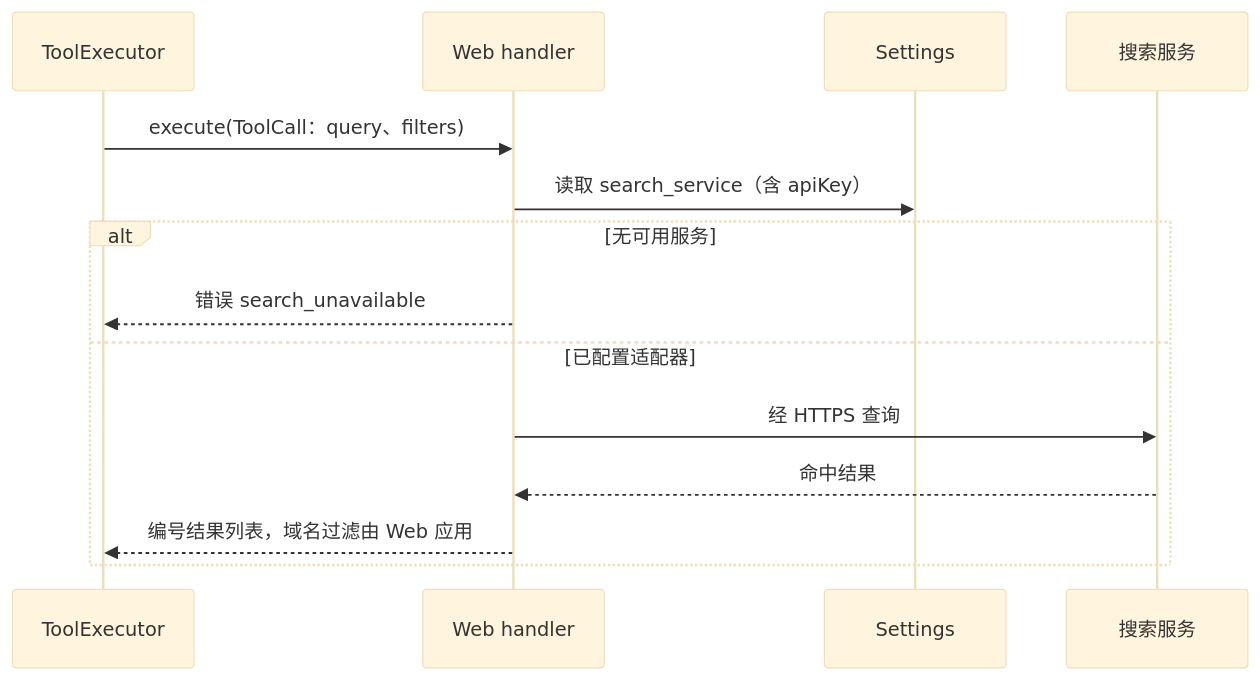
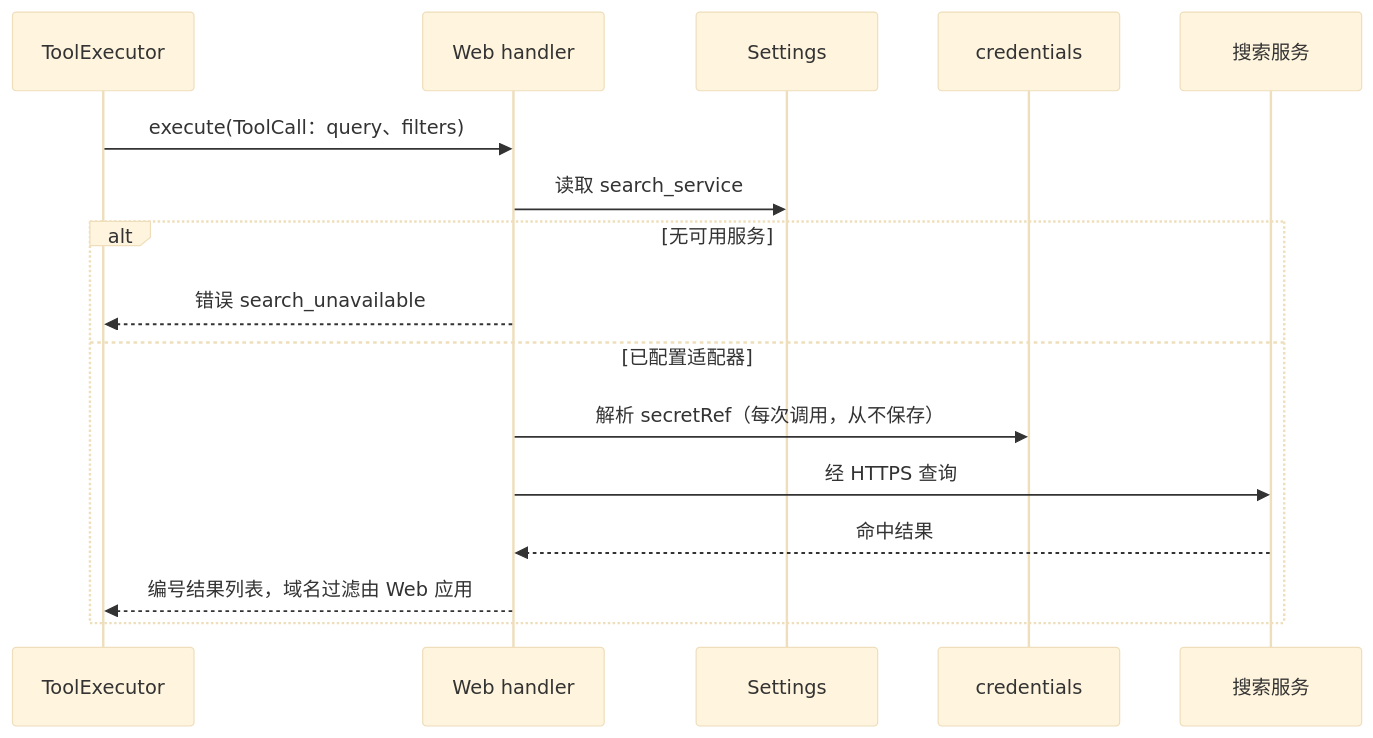
Before and after one commit to CoutinhoTTS/dim-agent: the fourth of 5 diagrams in docs/zh/design/plugins/Web.md, drawn with Mermaid (base theme). The commit also changed other lines of this file and 1 other file, not shown here.

````diff
--- a/docs/zh/design/plugins/Web.md
+++ b/docs/zh/design/plugins/Web.md
@@ -93,16 +95,18 @@
 ```mermaid
 sequenceDiagram
   participant X as ToolExecutor
   participant W as Web handler
   participant S as Settings
+  participant C as credentials
   participant Q as 搜索服务
   X->>W: execute(ToolCall：query、filters)
-  W->>S: 读取 search_service（含 apiKey）
+  W->>S: 读取 search_service
   alt 无可用服务
     W-->>X: 错误 search_unavailable
   else 已配置适配器
+    W->>C: 解析 secretRef（每次调用，从不保存）
     W->>Q: 经 HTTPS 查询
     Q-->>W: 命中结果
     W-->>X: 编号结果列表，域名过滤由 Web 应用
   end
 ```
````
